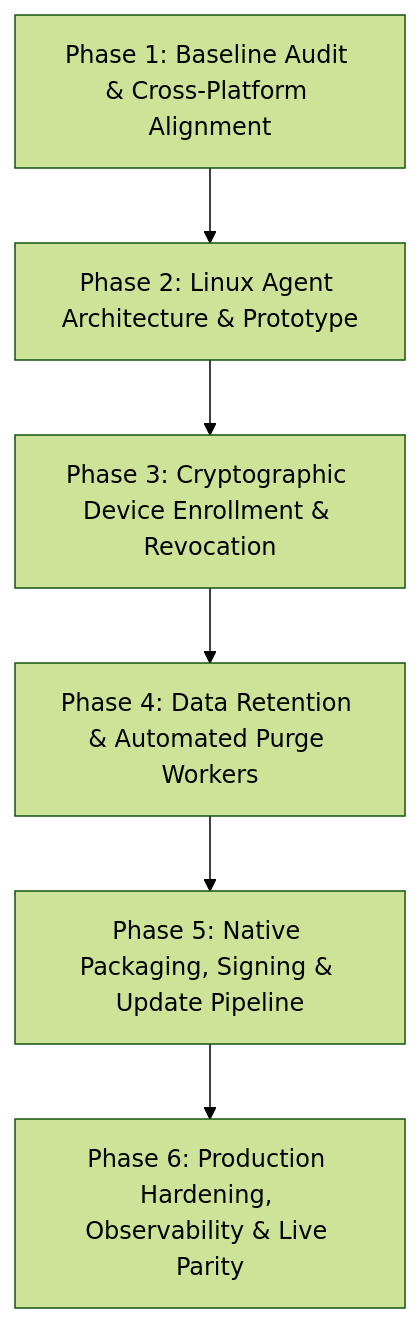
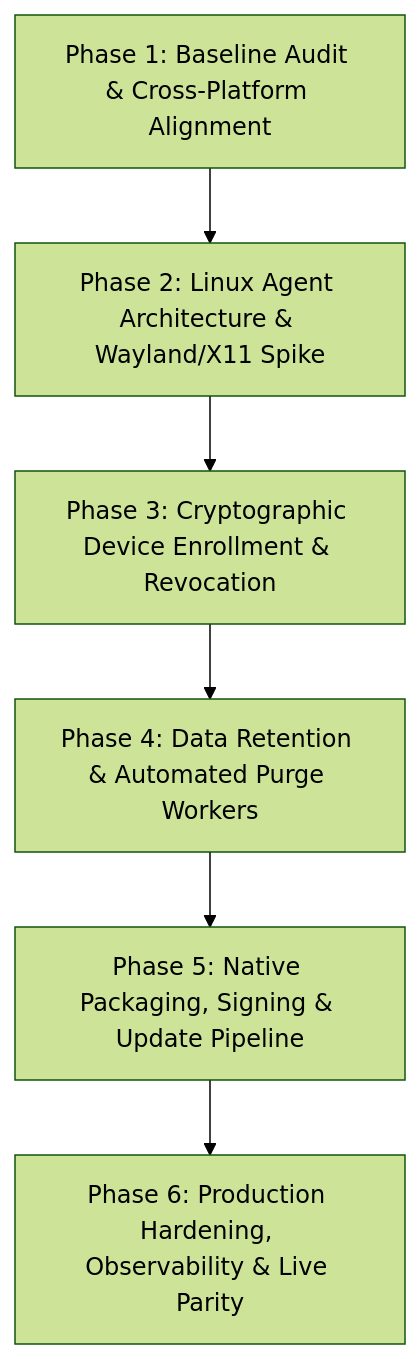
Before and after one commit to DosiBridge/Dosi-Tracker: the diagram in docs/PM_EXECUTION_PLAN.md, drawn with Mermaid (forest theme). The commit also changed other lines of this file and 12 other files, not shown here.

Commit message:
fix(pm): correct platform color contrast, split linux tests and refine PM evidence

````diff
--- a/docs/PM_EXECUTION_PLAN.md
+++ b/docs/PM_EXECUTION_PLAN.md
@@ -31,8 +49,8 @@
 ```mermaid
 flowchart TD
-    P1[Phase 1: Baseline Audit & Cross-Platform Alignment] --> P2[Phase 2: Linux Agent Architecture & Prototype]
+    P1[Phase 1: Baseline Audit & Cross-Platform Alignment] --> P2[Phase 2: Linux Agent Architecture & Wayland/X11 Spike]
     P2 --> P3[Phase 3: Cryptographic Device Enrollment & Revocation]
     P3 --> P4[Phase 4: Data Retention & Automated Purge Workers]
     P4 --> P5[Phase 5: Native Packaging, Signing & Update Pipeline]
     P5 --> P6[Phase 6: Production Hardening, Observability & Live Parity]
 ```
````
